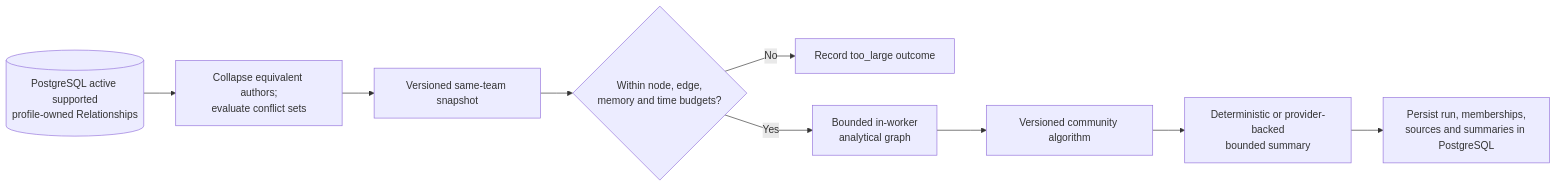
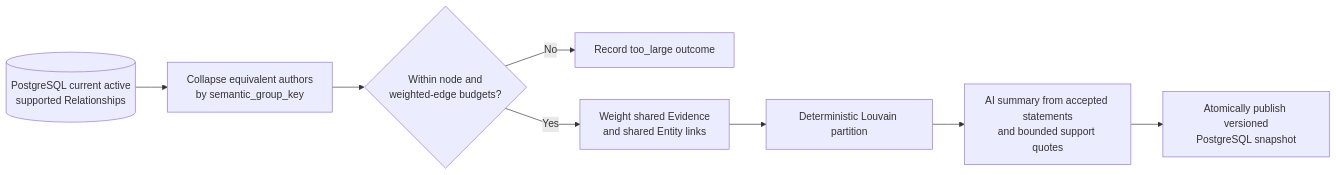
One commit to markhuangai/dense-mem changed the first of 4 diagrams in Community-And-Dreaming.md. Above: the diagram before and after it, drawn with Mermaid. The commit also changed other lines of this file and 10 other files, not shown here.

````diff
--- a/Community-And-Dreaming.md
+++ b/Community-And-Dreaming.md
@@ -12,12 +20,11 @@
 ```mermaid
 %%{init: {"flowchart": {"curve": "linear"}}}%%
 flowchart LR
-  PG[("PostgreSQL active supported<br/>profile-owned Relationships")] --> Group["Collapse equivalent authors;<br/>evaluate conflict sets"]
-  Group --> Snapshot["Versioned same-team snapshot"]
-  Snapshot --> Estimate{"Within node, edge,<br/>memory and time budgets?"}
+  PG[("PostgreSQL current active<br/>supported Relationships")] --> Group["Collapse equivalent authors<br/>by semantic_group_key"]
+  Group --> Estimate{"Within node and<br/>weighted-edge budgets?"}
   Estimate -- No --> Skip["Record too_large outcome"]
-  Estimate -- Yes --> Graph["Bounded in-worker<br/>analytical graph"]
-  Graph --> Detect["Versioned community algorithm"]
-  Detect --> Summary["Deterministic or provider-backed<br/>bounded summary"]
-  Summary --> Persist["Persist run, memberships,<br/>sources and summaries in PostgreSQL"]
+  Estimate -- Yes --> Links["Weight shared Evidence<br/>and shared Entity links"]
+  Links --> Detect["Deterministic Louvain partition"]
+  Detect --> Summary["AI summary from accepted statements<br/>and bounded support quotes"]
+  Summary --> Persist["Atomically publish versioned<br/>PostgreSQL snapshot"]
 ```
````
